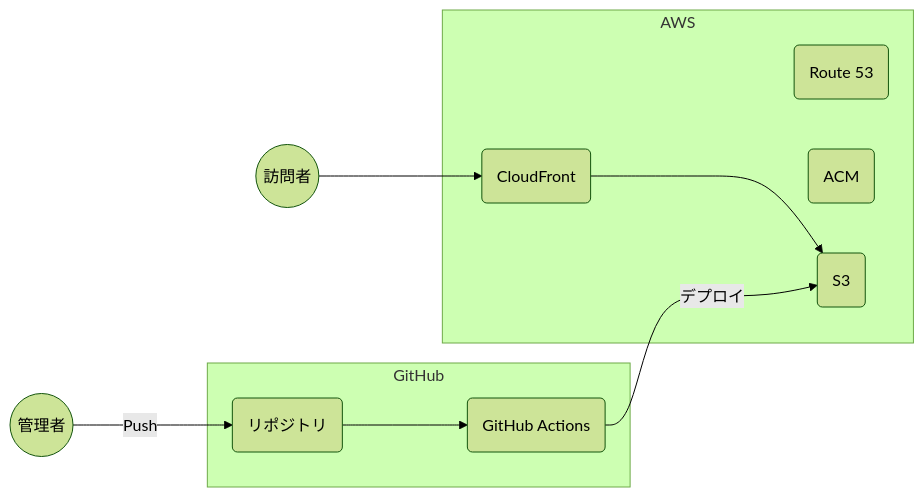
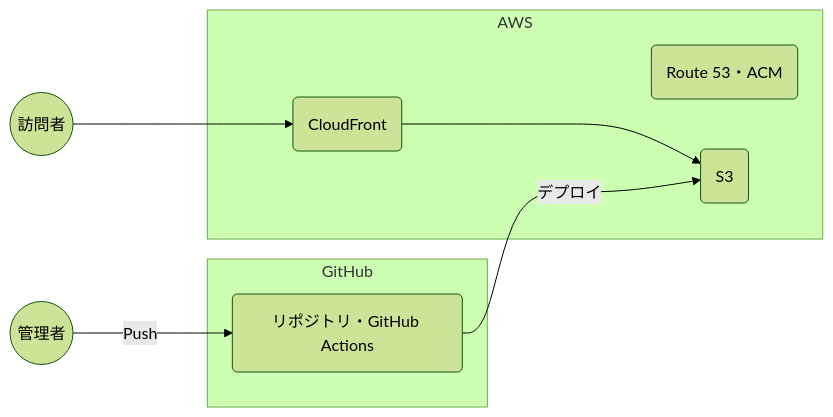
The second of 2 diagrams in content/post/2023-07/wordpress-to-hugo.md (Dim0000/hugo-blog), drawn with Mermaid (forest theme) before and after one commit. The commit also changed other lines of this file, not shown here.

Commit message:
update wordpress-to-hugo

```diff
--- a/content/post/2023-07/wordpress-to-hugo.md
+++ b/content/post/2023-07/wordpress-to-hugo.md
@@ -53,14 +53,13 @@
     <div class="mermaid">
     graph LR
       A((訪問者)) ---> B(CloudFront)
       subgraph AWS
-      C(Route 53)
-      D(ACM)
-      B ---> E(S3)
+      C(Route 53・ACM)
+      B ---> D(S3)
       end
       subgraph GitHub
-      F(リポジトリ) ---> G(GitHub Actions)
+      E(リポジトリ・GitHub Actions)
       end
-      H((管理者)) --->|Push| F
-      G --->|デプロイ| E
+      F((管理者)) --->|Push| E
+      E --->|デプロイ| D
     </div>
```
